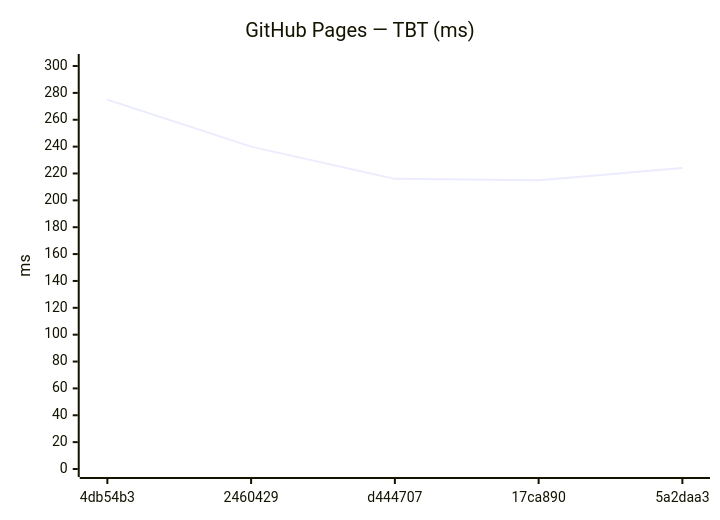
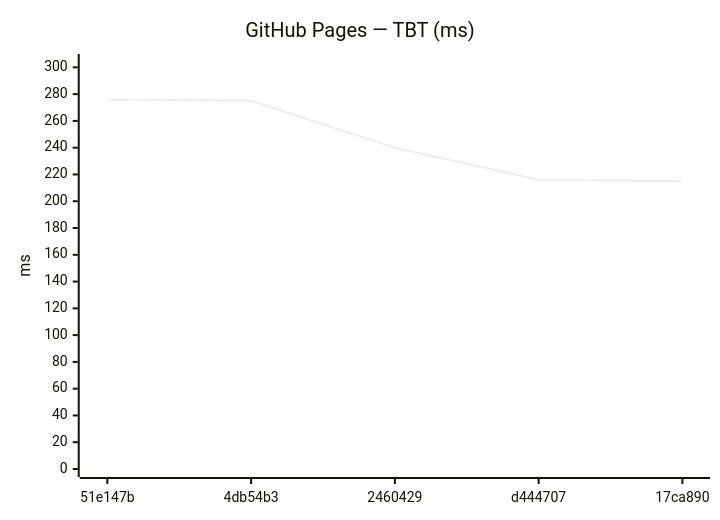
Before and after one commit to Metaheurist/Rianell: the tenth of 18 diagrams in benchmarks/compare.md, drawn with Mermaid. The commit also changed other lines of this file and 11 other files, not shown here.

````diff
--- a/benchmarks/compare.md
+++ b/benchmarks/compare.md
@@ -149,7 +149,7 @@
 ```mermaid
 xychart-beta
     title "GitHub Pages — TBT (ms)"
-    x-axis ["4db54b3", "2460429", "d444707", "17ca890", "5a2daa3"]
-    y-axis "ms" 0 --> 303
-    line [275, 240, 216, 215, 224]
+    x-axis ["51e147b", "4db54b3", "2460429", "d444707", "17ca890"]
+    y-axis "ms" 0 --> 304
+    line [276, 275, 240, 216, 215]
 ```
````
